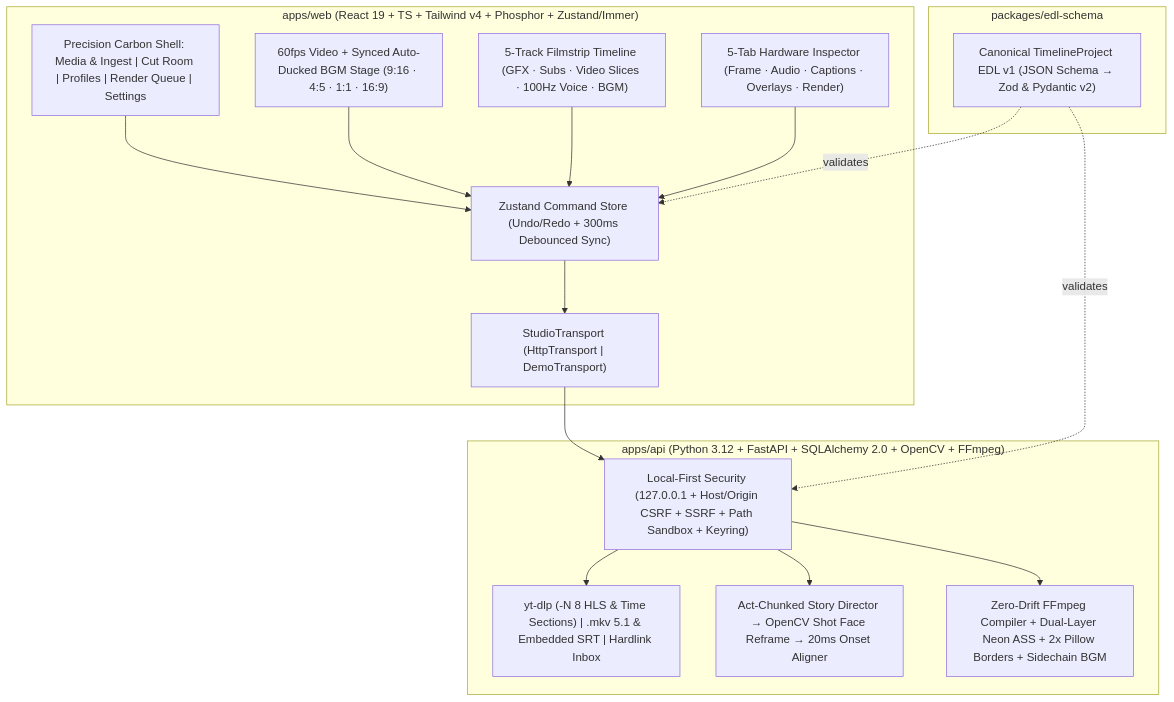
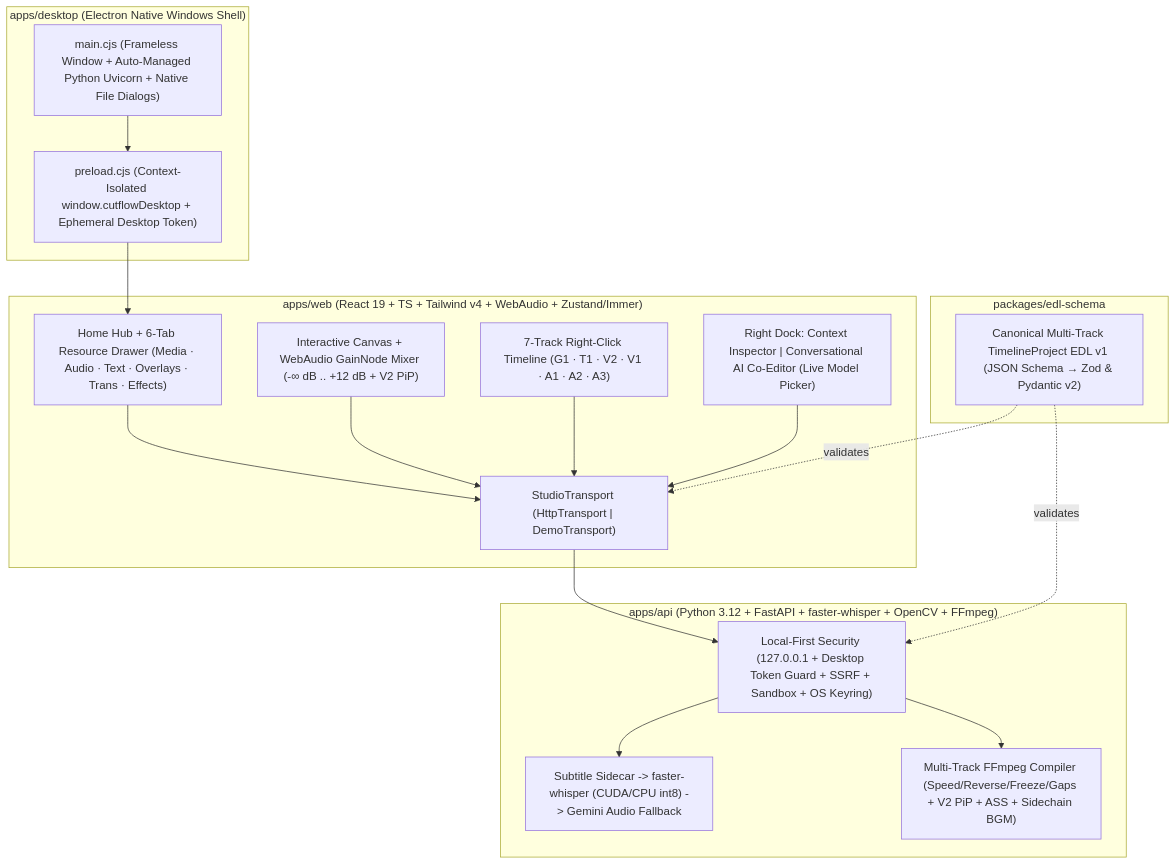
Before and after one commit to snoopyhallow/cutflow: the diagram in README.md, drawn with Mermaid. The commit also changed other lines of this file and 49 other files, not shown here.

Commit message:
feat: CutFlow v1.0 — native Windows Desktop NLE, 7-track right-click timeline, WebAudio mixer, faster-whisper auto-captions, and live AI Co-Editor

````diff
--- a/README.md
+++ b/README.md
@@ -63,34 +52,37 @@
 ```mermaid
 flowchart TB
-    subgraph Web["apps/web (React 19 + TS + Tailwind v4 + Phosphor + Zustand/Immer)"]
-        UI["Precision Carbon Shell: Media & Ingest | Cut Room | Profiles | Render Queue | Settings"]
-        Stage["60fps Video + Synced Auto-Ducked BGM Stage (9:16 · 4:5 · 1:1 · 16:9)"]
-        TL["5-Track Filmstrip Timeline (GFX · Subs · Video Slices · 100Hz Voice · BGM)"]
-        Insp["5-Tab Hardware Inspector (Frame · Audio · Captions · Overlays · Render)"]
-        Store["Zustand Command Store (Undo/Redo + 300ms Debounced Sync)"]
+    subgraph Desktop["apps/desktop (Electron Native Windows Shell)"]
+        Main["main.cjs (Frameless Window + Auto-Managed Python Uvicorn + Native File Dialogs)"]
+        Preload["preload.cjs (Context-Isolated window.cutflowDesktop + Ephemeral Desktop Token)"]
+    end
+
+    subgraph Web["apps/web (React 19 + TS + Tailwind v4 + WebAudio + Zustand/Immer)"]
+        Hub["Home Hub + 6-Tab Resource Drawer (Media · Audio · Text · Overlays · Trans · Effects)"]
+        Stage["Interactive Canvas + WebAudio GainNode Mixer (-∞ dB .. +12 dB + V2 PiP)"]
+        TL["7-Track Right-Click Timeline (G1 · T1 · V2 · V1 · A1 · A2 · A3)"]
+        Dock["Right Dock: Context Inspector | Conversational AI Co-Editor (Live Model Picker)"]
         Trans["StudioTransport (HttpTransport | DemoTransport)"]
     end
 
     subgraph Schema["packages/edl-schema"]
-        EDL["Canonical TimelineProject EDL v1 (JSON Schema → Zod & Pydantic v2)"]
+        EDL["Canonical Multi-Track TimelineProject EDL v1 (JSON Schema → Zod & Pydantic v2)"]
     end
 
-    subgraph API["apps/api (Python 3.12 + FastAPI + SQLAlchemy 2.0 + OpenCV + FFmpeg)"]
-        Sec["Local-First Security (127.0.0.1 + Host/Origin CSRF + SSRF + Path Sandbox + Keyring)"]
-        Ingest["yt-dlp (-N 8 HLS & Time Sections) | .mkv 5.1 & Embedded SRT | Hardlink Inbox"]
-        Pipe["Act-Chunked Story Director → OpenCV Shot Face Reframe → 20ms Onset Aligner"]
-        Render["Zero-Drift FFmpeg Compiler + Dual-Layer Neon ASS + 2x Pillow Borders + Sidechain BGM"]
+    subgraph API["apps/api (Python 3.12 + FastAPI + faster-whisper + OpenCV + FFmpeg)"]
+        Sec["Local-First Security (127.0.0.1 + Desktop Token Guard + SSRF + Sandbox + OS Keyring)"]
+        ASR["Subtitle Sidecar -> faster-whisper (CUDA/CPU int8) -> Gemini Audio Fallback"]
+        Render["Multi-Track FFmpeg Compiler (Speed/Reverse/Freeze/Gaps + V2 PiP + ASS + Sidechain BGM)"]
     end
 
-    UI --> Store
-    Stage --> Store
-    TL --> Store
-    Insp --> Store
-    Store --> Trans
+    Main --> Preload
+    Preload --> Hub
+    Hub --> Trans
+    Stage --> Trans
+    TL --> Trans
+    Dock --> Trans
     Trans --> Sec
-    Sec --> Ingest
-    Sec --> Pipe
+    Sec --> ASR
     Sec --> Render
-    EDL -. validates .-> Store
+    EDL -. validates .-> Trans
     EDL -. validates .-> Sec
 ```
````
